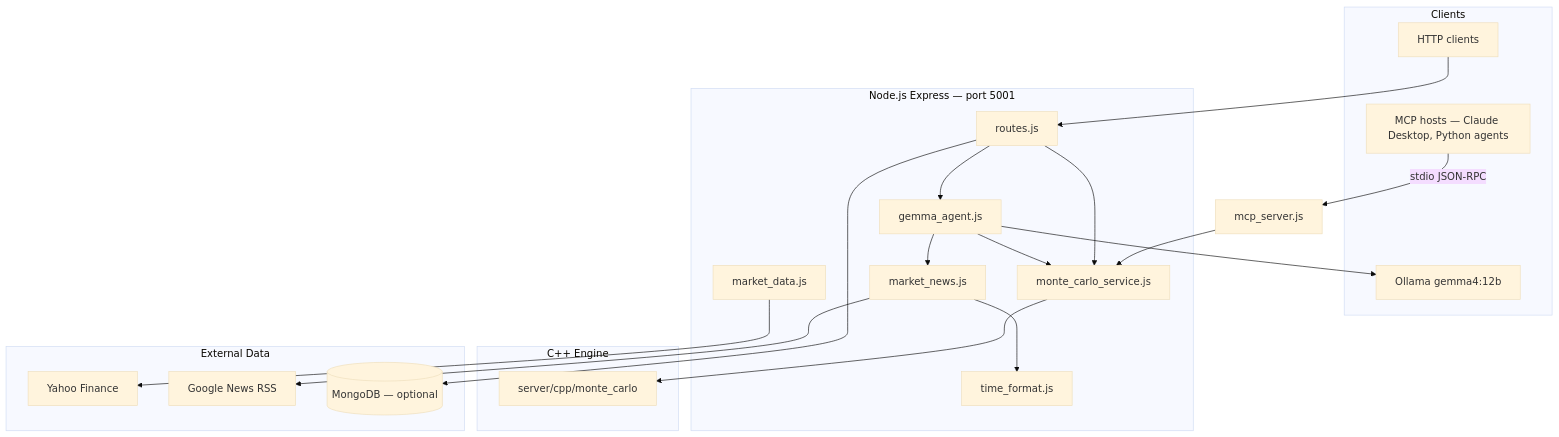
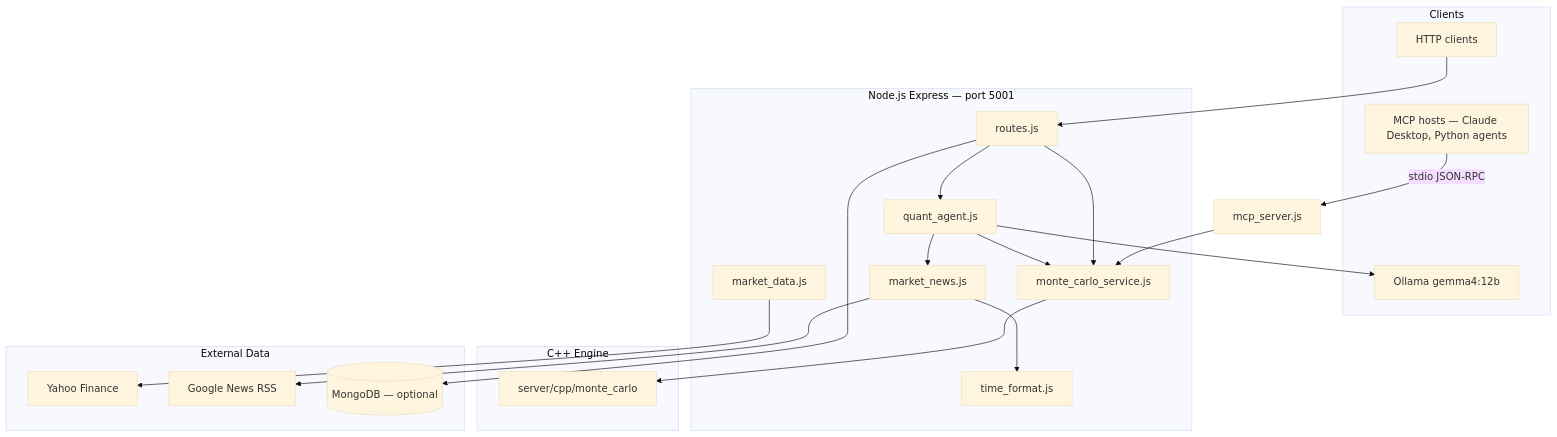
The diagram in README.md (focus-0/monteCarloSuite), drawn with Mermaid (base theme) before and after one commit. The commit also changed other lines of this file and 25 other files, not shown here.

````diff
--- a/README.md
+++ b/README.md
@@ -13,41 +13,41 @@
 ```mermaid
 flowchart TB
   subgraph clients [Clients]
     HTTP[HTTP clients]
     MCPClient[MCP hosts — Claude Desktop, Python agents]
     Ollama[Ollama gemma4:12b]
   end
 
   subgraph server [Node.js Express — port 5001]
     Routes[routes.js]
-    Gemma[gemma_agent.js]
+    QuantAgent[quant_agent.js]
     News[market_news.js]
     Market[market_data.js]
     TimeFmt[time_format.js]
     MCService[monte_carlo_service.js]
   end
 
   subgraph native [C++ Engine]
     Binary[server/cpp/monte_carlo]
   end
 
   subgraph external [External Data]
     Yahoo[Yahoo Finance]
     GNews[Google News RSS]
     Mongo[(MongoDB — optional)]
   end
 
   MCPClient -->|stdio JSON-RPC| MCPServer[mcp_server.js]
   MCPServer --> MCService
   HTTP --> Routes
   Routes --> MCService
-  Routes --> Gemma
-  Gemma --> Ollama
-  Gemma --> News
-  Gemma --> MCService
+  Routes --> QuantAgent
+  QuantAgent --> Ollama
+  QuantAgent --> News
+  QuantAgent --> MCService
   MCService --> Binary
   Market --> Yahoo
   News --> GNews
   News --> TimeFmt
   Routes --> Mongo
 ```
````
